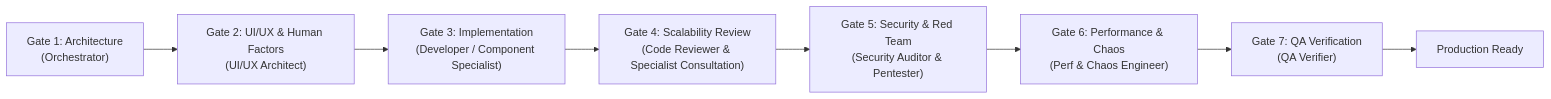
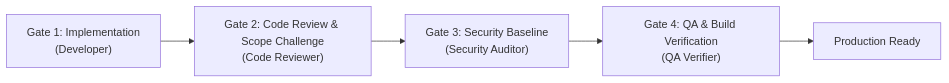
One commit to SaharAga/Deliveree changed the diagram in AGENTS.md. Above: the diagram before and after it, drawn with Mermaid. The commit also changed other lines of this file and 65 other files, not shown here.

````diff
--- a/AGENTS.md
+++ b/AGENTS.md
@@ -36,10 +34,7 @@
 ```mermaid
 flowchart LR
-    G1["Gate 1: Architecture\n(Orchestrator)"] --> G2["Gate 2: UI/UX & Human Factors\n(UI/UX Architect)"]
-    G2 --> G3["Gate 3: Implementation\n(Developer / Component Specialist)"]
-    G3 --> G4["Gate 4: Scalability Review\n(Code Reviewer & Specialist Consultation)"]
-    G4 --> G5["Gate 5: Security & Red Team\n(Security Auditor & Pentester)"]
-    G5 --> G6["Gate 6: Performance & Chaos\n(Perf & Chaos Engineer)"]
-    G6 --> G7["Gate 7: QA Verification\n(QA Verifier)"]
-    G7 --> Done["Production Ready"]
+    G1["Gate 1: Implementation\n(Developer)"] --> G2["Gate 2: Code Review & Scope Challenge\n(Code Reviewer)"]
+    G2 --> G3["Gate 3: Security Baseline\n(Security Auditor)"]
+    G3 --> G4["Gate 4: QA & Build Verification\n(QA Verifier)"]
+    G4 --> Done["Production Ready"]
 ```
````
